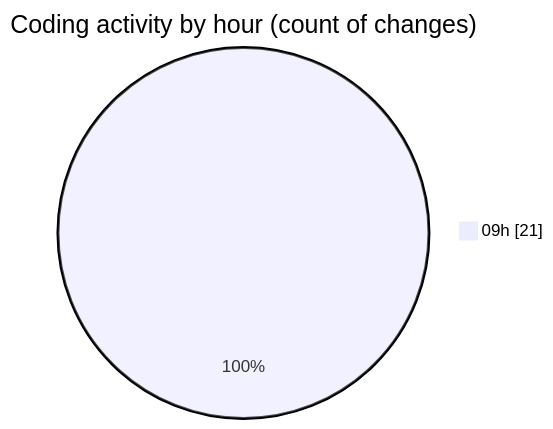
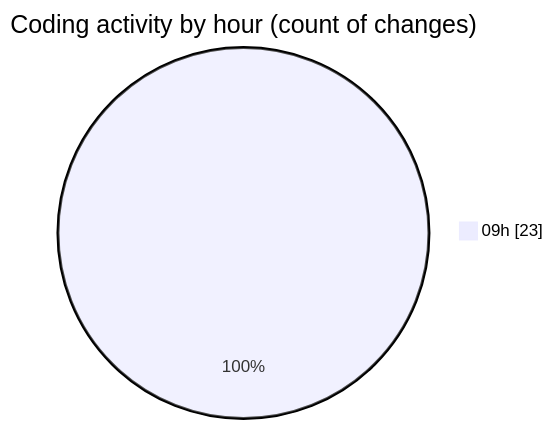
One commit to momahboobian/code-tracking changed the second of 2 diagrams in 2025-10-23/cda/README.md. Above: the diagram before and after it, drawn with Mermaid. The commit also changed other lines of this file and 1 other file, not shown here.

````diff
--- a/2025-10-23/cda/README.md
+++ b/2025-10-23/cda/README.md
@@ -31,5 +31,5 @@
 ```mermaid
 pie showData
 title Coding activity by hour (count of changes)
-"09h" : 21
+"09h" : 23
 ```
````
